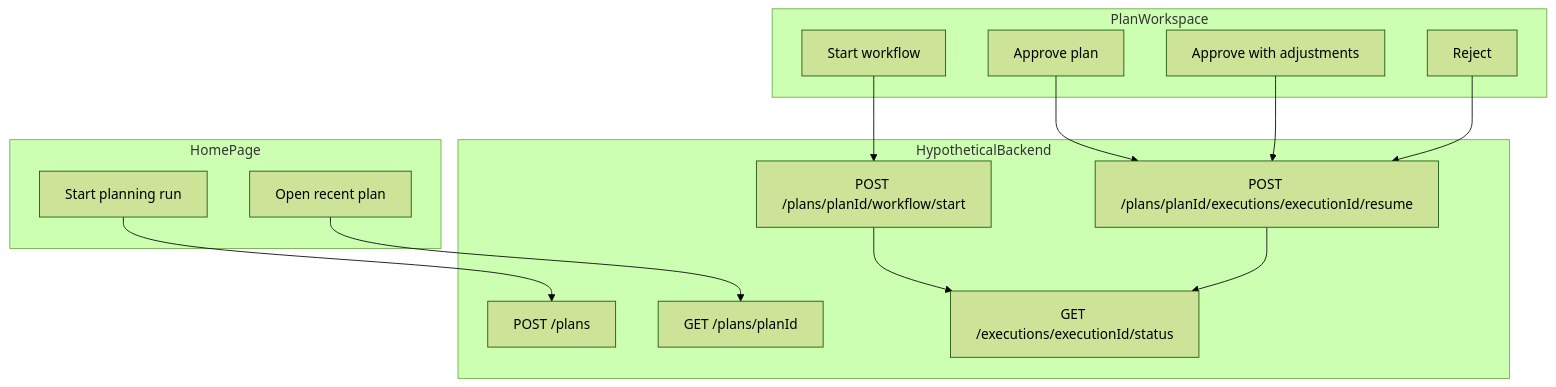
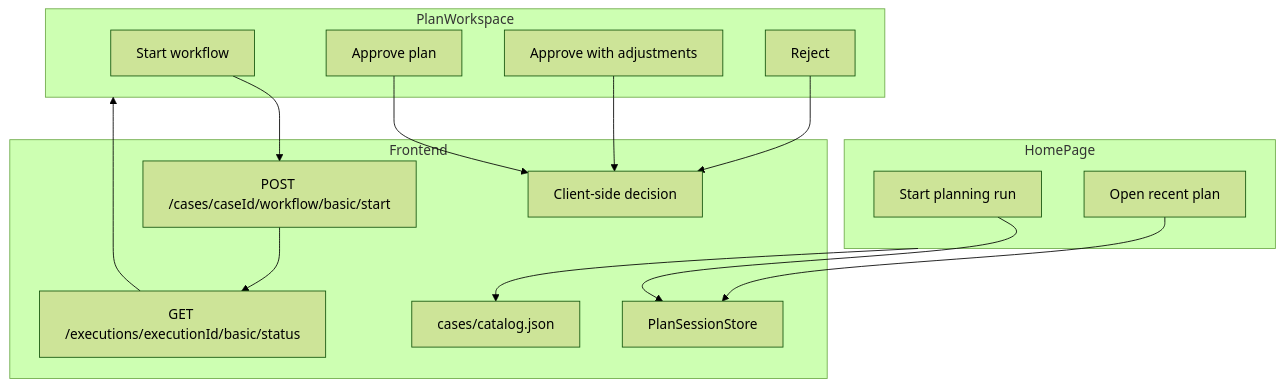
Before and after one commit to southworks/inesite-agentic-inventory-planning: the diagram in frontend/UI_ENDPOINT_MAPPING.md, drawn with Mermaid (forest theme). The commit also changed other lines of this file and 48 other files, not shown here.

````diff
--- a/frontend/UI_ENDPOINT_MAPPING.md
+++ b/frontend/UI_ENDPOINT_MAPPING.md
@@ -24,31 +35,32 @@
 ```mermaid
 flowchart TB
   subgraph home [HomePage]
     StartRun["Start planning run"]
     OpenPlan["Open recent plan"]
   end
 
   subgraph workspace [PlanWorkspace]
     StartWf["Start workflow"]
     Approve["Approve plan"]
     ApproveAdj["Approve with adjustments"]
     Reject["Reject"]
   end
 
-  subgraph api [HypotheticalBackend]
-    CreatePlan["POST /plans"]
-    GetPlan["GET /plans/planId"]
-    Start["POST /plans/planId/workflow/start"]
-    Status["GET /executions/executionId/status"]
-    Resume["POST /plans/planId/executions/executionId/resume"]
+  subgraph client [Frontend]
+    CaseCatalog["cases/catalog.json"]
+    SessionCreate["PlanSessionStore"]
+    Start["POST /cases/caseId/workflow/basic/start"]
+    Status["GET /executions/executionId/basic/status"]
+    ClientDecision["Client-side decision"]
   end
 
-  StartRun --> CreatePlan
-  OpenPlan --> GetPlan
+  StartRun --> SessionCreate
+  OpenPlan --> SessionCreate
+  home --> CaseCatalog
   StartWf --> Start
   Start --> Status
-  Approve --> Resume
-  ApproveAdj --> Resume
-  Reject --> Resume
-  Resume --> Status
+  Approve --> ClientDecision
+  ApproveAdj --> ClientDecision
+  Reject --> ClientDecision
+  Status --> workspace
 ```
````
